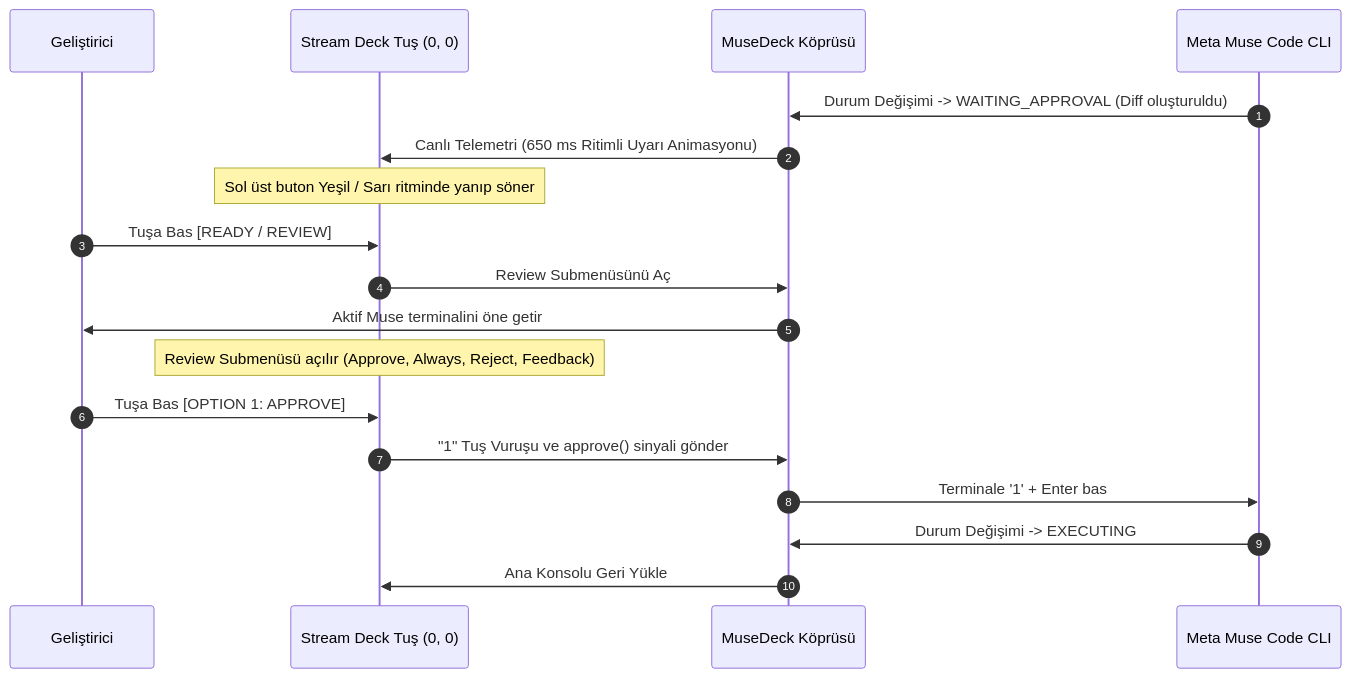
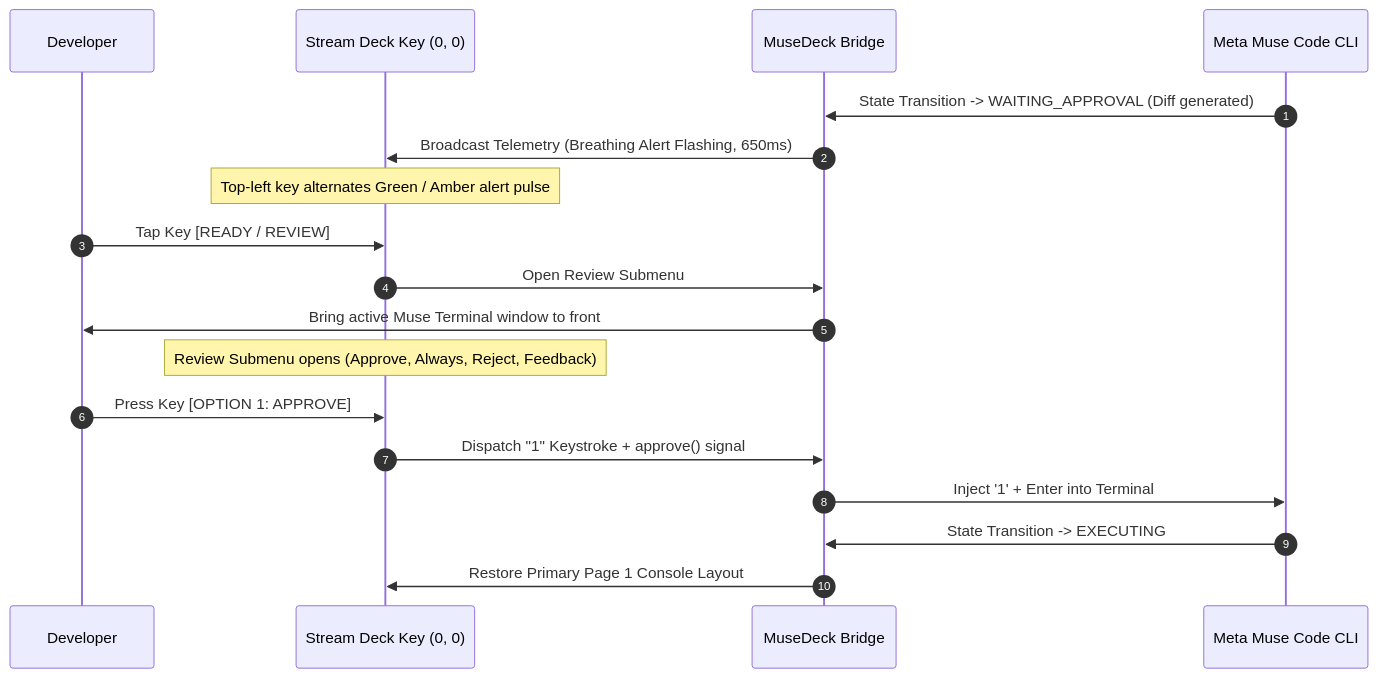
One commit to memetcircus/musedeck changed the third of 3 diagrams in README.md. Above: the diagram before and after it, drawn with Mermaid. The commit also changed other lines of this file, not shown here.

````diff
--- a/README.md
+++ b/README.md
@@ -236,21 +234,21 @@
 ```mermaid
 sequenceDiagram
     autonumber
-    participant Dev as Geliştirici
-    participant SD as Stream Deck Tuş (0, 0)
-    participant Server as MuseDeck Köprüsü
+    participant Dev as Developer
+    participant SD as Stream Deck Key (0, 0)
+    participant Server as MuseDeck Bridge
     participant Muse as Meta Muse Code CLI
 
-    Muse->>Server: Durum Değişimi -> WAITING_APPROVAL (Diff oluşturuldu)
-    Server->>SD: Canlı Telemetri (650 ms Ritimli Uyarı Animasyonu)
-    Note over SD: Sol üst buton Yeşil / Sarı ritminde yanıp söner
-    Dev->>SD: Tuşa Bas [READY / REVIEW]
-    SD->>Server: Review Submenüsünü Aç
-    Server->>Dev: Aktif Muse terminalini öne getir
-    Note over SD: Review Submenüsü açılır (Approve, Always, Reject, Feedback)
-    Dev->>SD: Tuşa Bas [OPTION 1: APPROVE]
-    SD->>Server: "1" Tuş Vuruşu ve approve() sinyali gönder
-    Server->>Muse: Terminale '1' + Enter bas
-    Muse->>Server: Durum Değişimi -> EXECUTING
-    Server->>SD: Ana Konsolu Geri Yükle
+    Muse->>Server: State Transition -> WAITING_APPROVAL (Diff generated)
+    Server->>SD: Broadcast Telemetry (Breathing Alert Flashing, 650ms)
+    Note over SD: Top-left key alternates Green / Amber alert pulse
+    Dev->>SD: Tap Key [READY / REVIEW]
+    SD->>Server: Open Review Submenu
+    Server->>Dev: Bring active Muse Terminal window to front
+    Note over SD: Review Submenu opens (Approve, Always, Reject, Feedback)
+    Dev->>SD: Press Key [OPTION 1: APPROVE]
+    SD->>Server: Dispatch "1" Keystroke + approve() signal
+    Server->>Muse: Inject '1' + Enter into Terminal
+    Muse->>Server: State Transition -> EXECUTING
+    Server->>SD: Restore Primary Page 1 Console Layout
 ```
````
